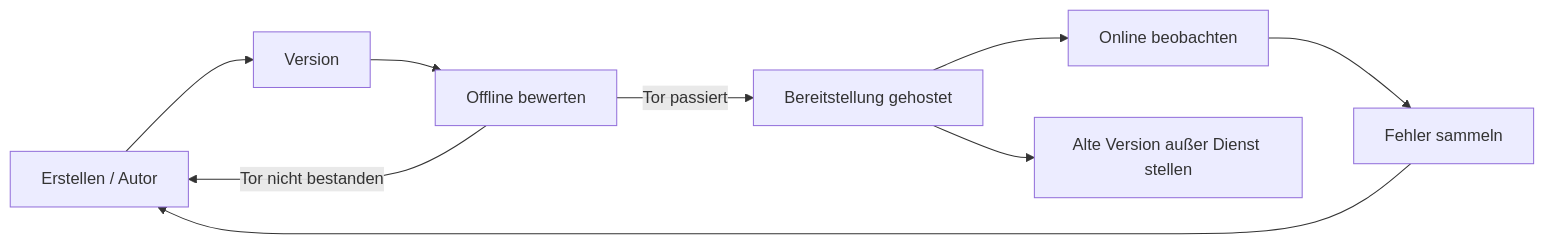
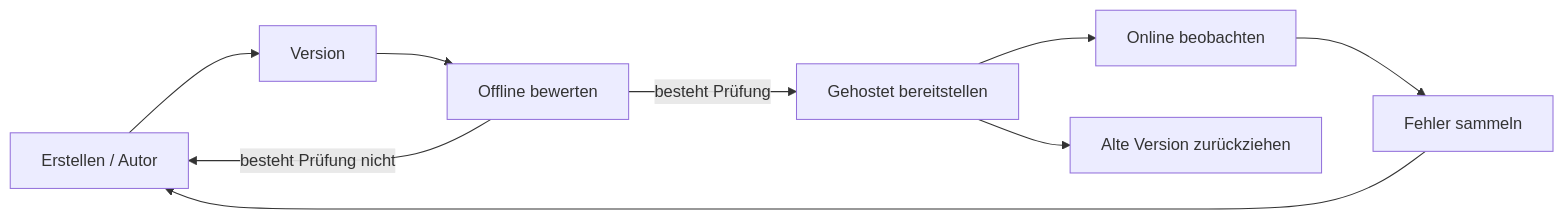
One commit to gabrielmoreira/agent-skills-mirror changed the second of 4 diagrams in mirrors/repos/microsoft@ai-agents-for-beginners/translations/de/16-deploying-scalable-agents/README.md. Above: the diagram before and after it, drawn with Mermaid. The commit also changed other lines of this file and 4262 other files, not shown here.

````diff
--- a/mirrors/repos/microsoft@ai-agents-for-beginners/translations/de/16-deploying-scalable-agents/README.md
+++ b/mirrors/repos/microsoft@ai-agents-for-beginners/translations/de/16-deploying-scalable-agents/README.md
@@ -108,11 +108,11 @@
 ```mermaid
 flowchart LR
     Create[Erstellen / Autor] --> Version[Version]
     Version --> Evaluate[Offline bewerten]
-    Evaluate -->|Tor passiert| Deploy[Bereitstellung gehostet]
-    Evaluate -->|Tor nicht bestanden| Create
+    Evaluate -->|besteht Prüfung| Deploy[Gehostet bereitstellen]
+    Evaluate -->|besteht Prüfung nicht| Create
     Deploy --> Observe[Online beobachten]
     Observe --> Improve[Fehler sammeln]
     Improve --> Create
-    Deploy --> Retire[Alte Version außer Dienst stellen]
+    Deploy --> Retire[Alte Version zurückziehen]
 ```
````
